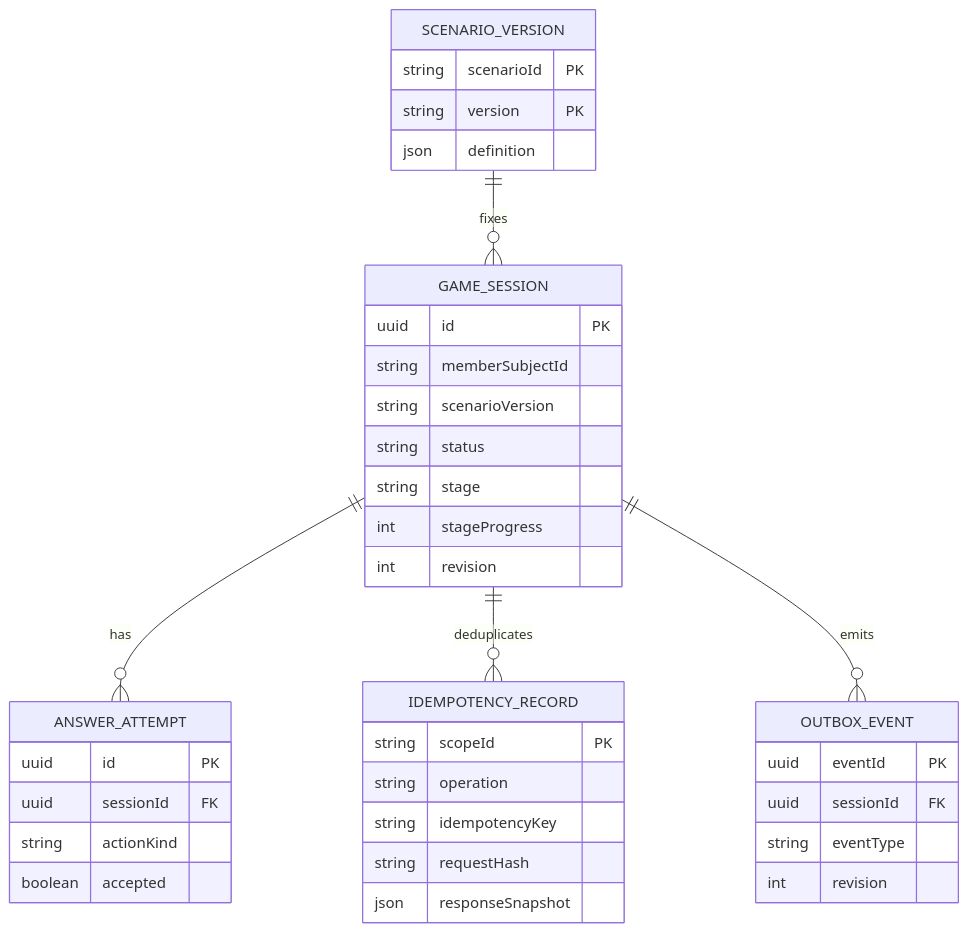
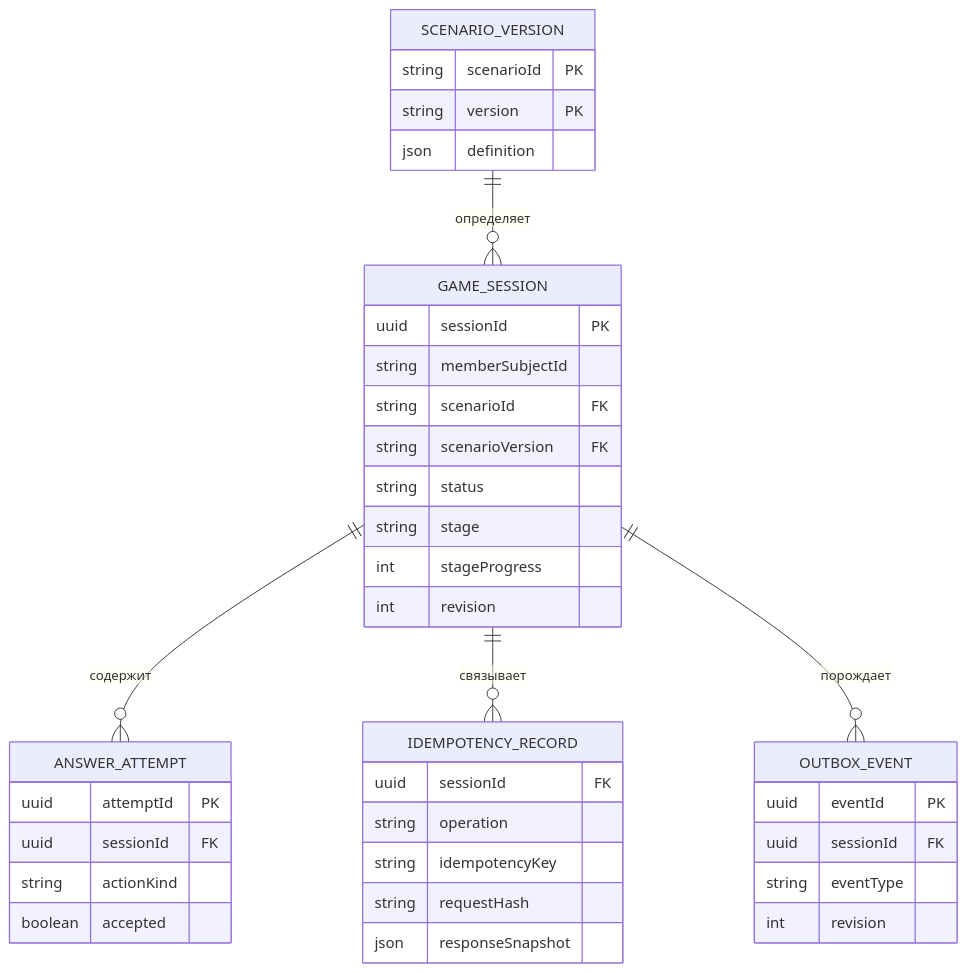
The third of 3 diagrams in first-set/sa/README.md (spicerrr/ddx-first-approach), drawn with Mermaid before and after one commit. The commit also changed other lines of this file, not shown here.

````diff
--- a/first-set/sa/README.md
+++ b/first-set/sa/README.md
@@ -93,40 +110,41 @@
 ```mermaid
 erDiagram
-  SCENARIO_VERSION ||--o{ GAME_SESSION : fixes
-  GAME_SESSION ||--o{ ANSWER_ATTEMPT : has
-  GAME_SESSION ||--o{ IDEMPOTENCY_RECORD : deduplicates
-  GAME_SESSION ||--o{ OUTBOX_EVENT : emits
+  SCENARIO_VERSION ||--o{ GAME_SESSION : определяет
+  GAME_SESSION ||--o{ ANSWER_ATTEMPT : содержит
+  GAME_SESSION ||--o{ IDEMPOTENCY_RECORD : связывает
+  GAME_SESSION ||--o{ OUTBOX_EVENT : порождает
   SCENARIO_VERSION {
     string scenarioId PK
     string version PK
     json definition
   }
   GAME_SESSION {
-    uuid id PK
+    uuid sessionId PK
     string memberSubjectId
-    string scenarioVersion
+    string scenarioId FK
+    string scenarioVersion FK
     string status
     string stage
     int stageProgress
     int revision
   }
   ANSWER_ATTEMPT {
-    uuid id PK
+    uuid attemptId PK
     uuid sessionId FK
     string actionKind
     boolean accepted
   }
   IDEMPOTENCY_RECORD {
-    string scopeId PK
+    uuid sessionId FK
     string operation
     string idempotencyKey
     string requestHash
     json responseSnapshot
   }
   OUTBOX_EVENT {
     uuid eventId PK
     uuid sessionId FK
     string eventType
     int revision
   }
 ```
````
